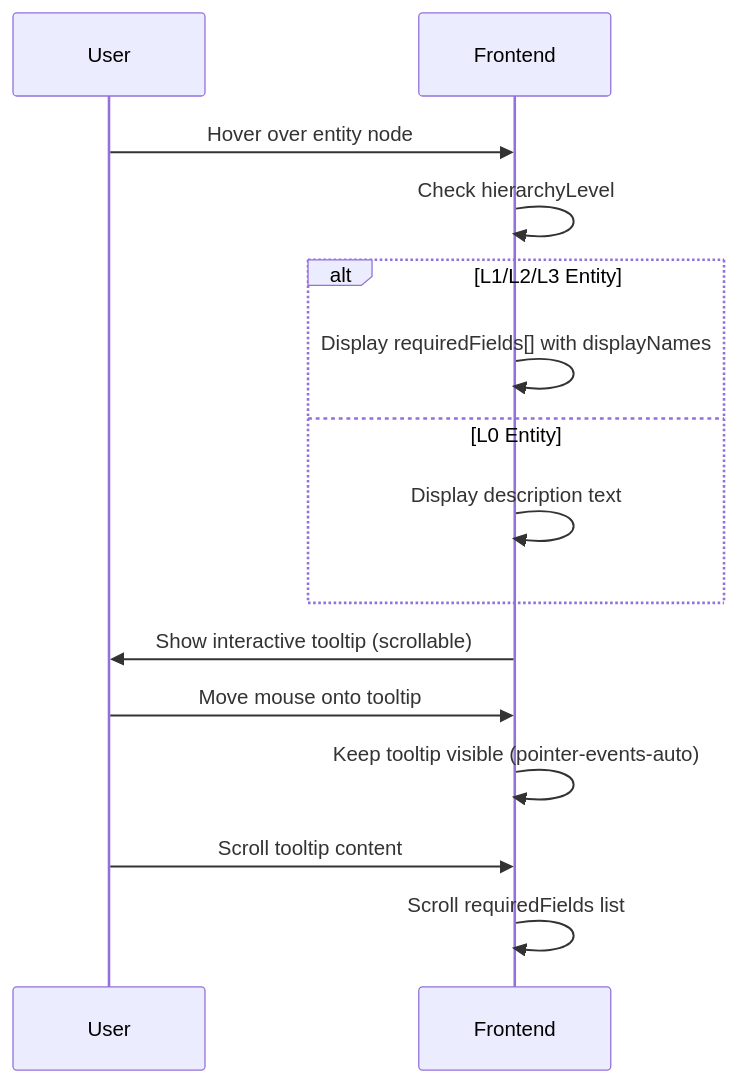
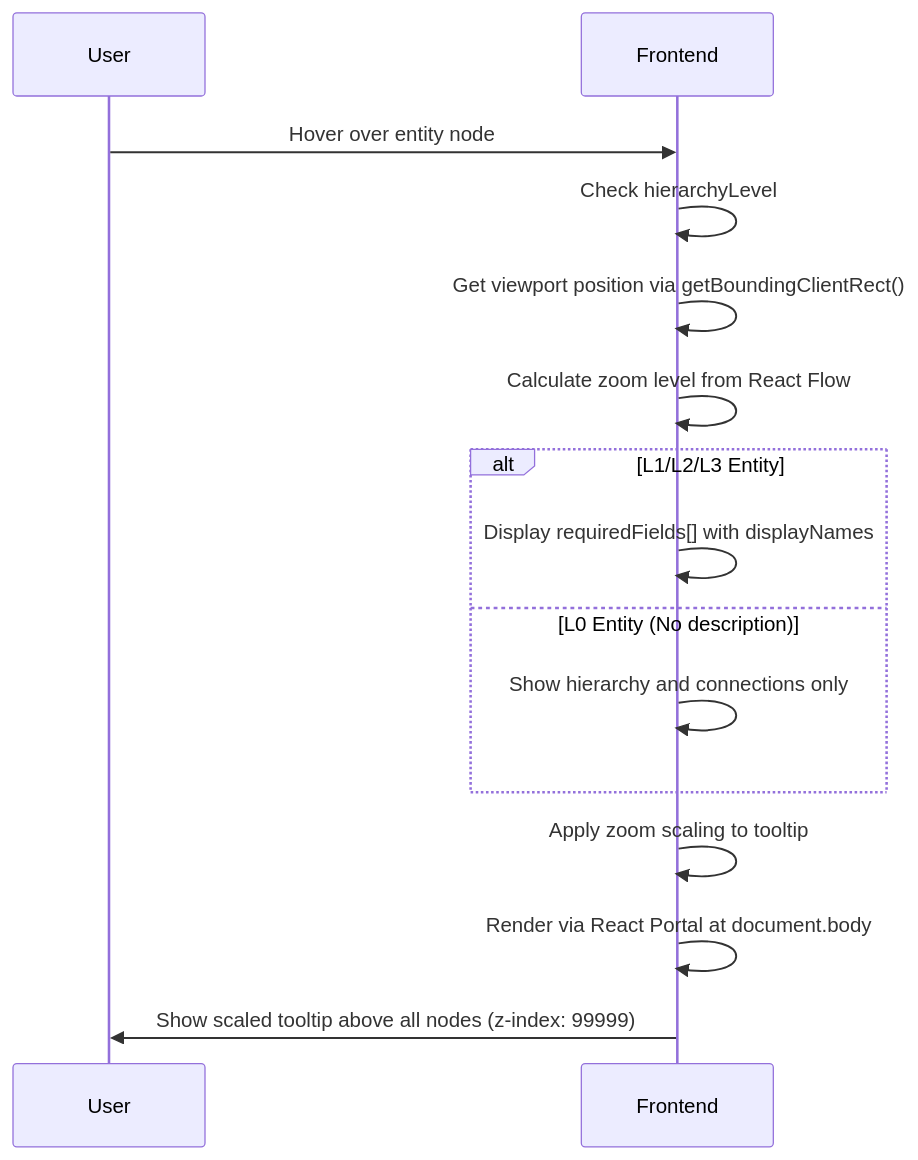
One commit to chou-aspen/aos-entity-structure changed the third of 3 diagrams in SYSTEM_ARCHITECTURE.md. Above: the diagram before and after it, drawn with Mermaid. The commit also changed other lines of this file, not shown here.

````diff
--- a/SYSTEM_ARCHITECTURE.md
+++ b/SYSTEM_ARCHITECTURE.md
@@ -122,15 +128,15 @@
 ```mermaid
 sequenceDiagram
     User->>Frontend: Hover over entity node
     Frontend->>Frontend: Check hierarchyLevel
+    Frontend->>Frontend: Get viewport position via getBoundingClientRect()
+    Frontend->>Frontend: Calculate zoom level from React Flow
     alt L1/L2/L3 Entity
         Frontend->>Frontend: Display requiredFields[] with displayNames
-    else L0 Entity
-        Frontend->>Frontend: Display description text
+    else L0 Entity (No description)
+        Frontend->>Frontend: Show hierarchy and connections only
     end
-    Frontend->>User: Show interactive tooltip (scrollable)
-    User->>Frontend: Move mouse onto tooltip
-    Frontend->>Frontend: Keep tooltip visible (pointer-events-auto)
-    User->>Frontend: Scroll tooltip content
-    Frontend->>Frontend: Scroll requiredFields list
+    Frontend->>Frontend: Apply zoom scaling to tooltip
+    Frontend->>Frontend: Render via React Portal at document.body
+    Frontend->>User: Show scaled tooltip above all nodes (z-index: 99999)
 ```
````
